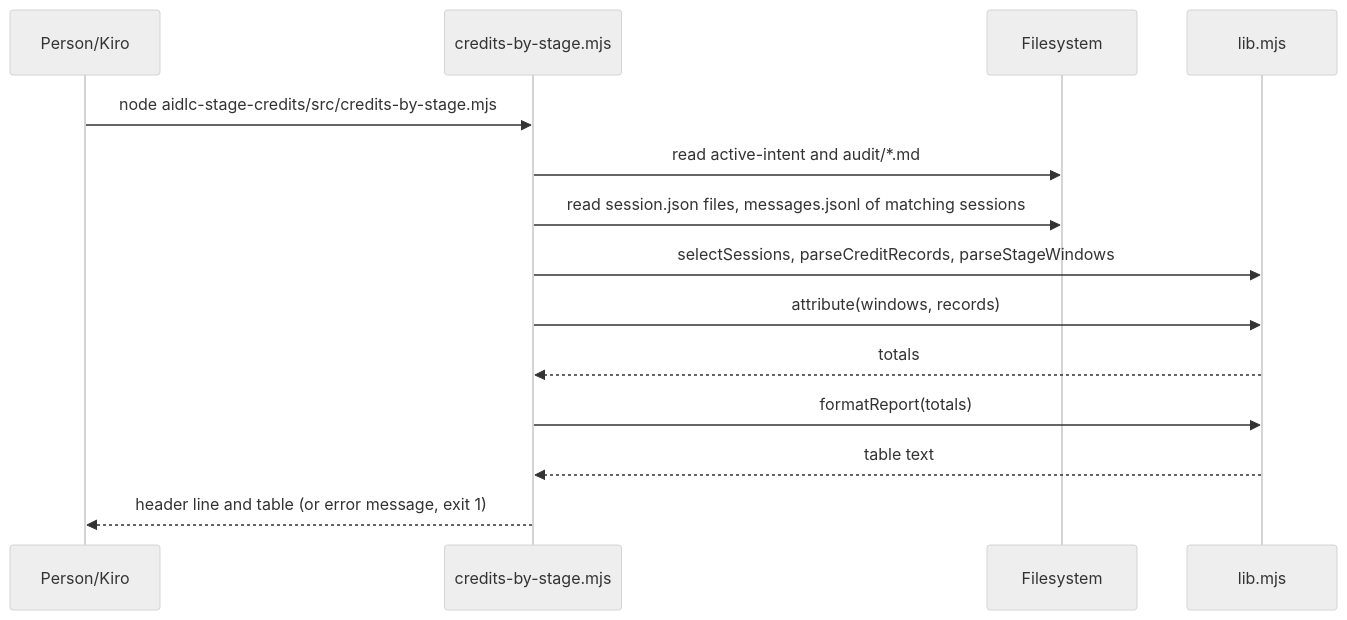
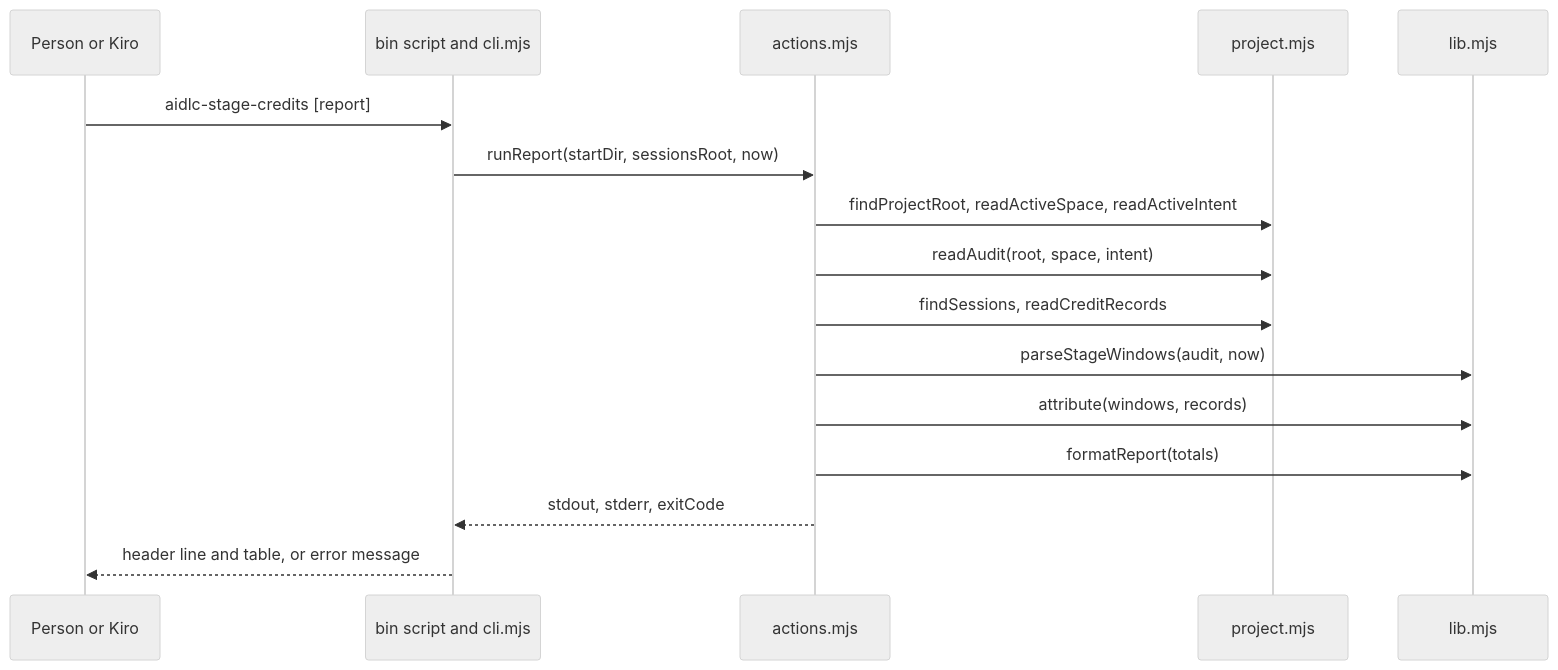
Before and after one commit to protzetter/aidlc-credit-counter: the second of 3 diagrams in aidlc/spaces/default/codekb/aidlc-credit-counter/architecture.md, drawn with Mermaid (neutral theme). The commit also changed other lines of this file and 41 other files, not shown here.

Commit message:
aidlc-stage-credits 1.1.0: report credits across all intents of the active space, with --intent to narrow

````diff
--- a/aidlc/spaces/default/codekb/aidlc-credit-counter/architecture.md
+++ b/aidlc/spaces/default/codekb/aidlc-credit-counter/architecture.md
@@ -40,16 +49,18 @@
 ```mermaid
 sequenceDiagram
-  participant U as Person/Kiro
-  participant C as credits-by-stage.mjs
-  participant FS as Filesystem
+  participant U as Person or Kiro
+  participant B as bin script and cli.mjs
+  participant A as actions.mjs
+  participant P as project.mjs
   participant L as lib.mjs
-  U->>C: node aidlc-stage-credits/src/credits-by-stage.mjs
-  C->>FS: read active-intent and audit/*.md
-  C->>FS: read session.json files, messages.jsonl of matching sessions
-  C->>L: selectSessions, parseCreditRecords, parseStageWindows
-  C->>L: attribute(windows, records)
-  L-->>C: totals
-  C->>L: formatReport(totals)
-  L-->>C: table text
-  C-->>U: header line and table (or error message, exit 1)
+  U->>B: aidlc-stage-credits [report]
+  B->>A: runReport(startDir, sessionsRoot, now)
+  A->>P: findProjectRoot, readActiveSpace, readActiveIntent
+  A->>P: readAudit(root, space, intent)
+  A->>P: findSessions, readCreditRecords
+  A->>L: parseStageWindows(audit, now)
+  A->>L: attribute(windows, records)
+  A->>L: formatReport(totals)
+  A-->>B: stdout, stderr, exitCode
+  B-->>U: header line and table, or error message
 ```
````
